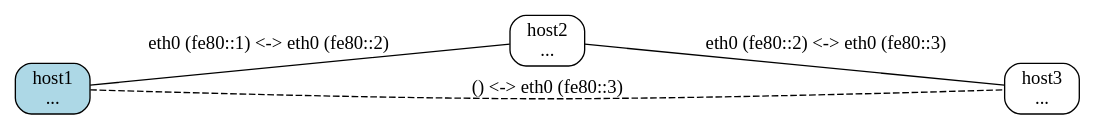
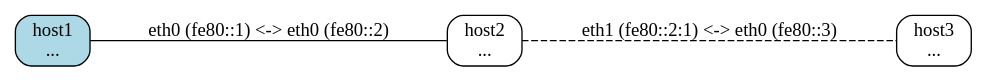
One commit to kad/lldiscovery changed the first of 2 diagrams in TRANSITIVE_DISCOVERY.md. Above: the diagram before and after it, drawn with Graphviz. The commit also changed other lines of this file and 5 other files, not shown here.

````diff
--- a/TRANSITIVE_DISCOVERY.md
+++ b/TRANSITIVE_DISCOVERY.md
@@ -105,21 +107,18 @@
 ```dot
 graph lldiscovery {
   rankdir=LR;
   node [shape=box, style=rounded];
   // RDMA-to-RDMA connections shown in BLUE with thick lines
   // Dashed lines indicate indirect connections
 
   "host1" [label="host1\n...", style="rounded,filled", fillcolor="lightblue"];
   "host2" [label="host2\n..."];
   "host3" [label="host3\n..."];
 
-  // Direct connection: A <-> B (solid)
+  // Direct connection: A <-> B (solid, complete edge info)
   "host1" -- "host2" [label="eth0 (fe80::1) <-> eth0 (fe80::2)"];
 
-  // Indirect connection: A -> C via B (dashed)
-  "host1" -- "host3" [label=" () <-> eth0 (fe80::3)", style="dashed"];
-
-  // Direct connection: B <-> C (solid)
-  "host2" -- "host3" [label="eth0 (fe80::2) <-> eth0 (fe80::3)"];
+  // Indirect connection: B -> C learned from B (dashed, complete edge info)
+  "host2" -- "host3" [label="eth1 (fe80::2:1) <-> eth0 (fe80::3)", style="dashed"];
 }
 ```
````
